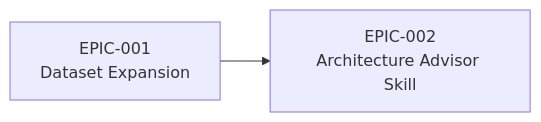
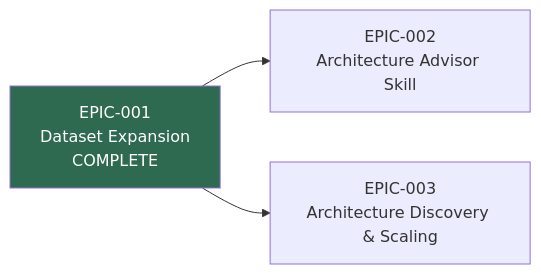
One commit to cristoslc/architecture-reference changed the diagram in docs/vision/(VISION-001)-Evidence-Based-Architecture-Decision-Platform/roadmap.md. Above: the diagram before and after it, drawn with Mermaid. The commit also changed other lines of this file and 3 other files, not shown here.

First line of the commit message:
Complete EPIC-001, split discovery/scaling work into EPIC-003

````diff
--- a/docs/vision/(VISION-001)-Evidence-Based-Architecture-Decision-Platform/roadmap.md
+++ b/docs/vision/(VISION-001)-Evidence-Based-Architecture-Decision-Platform/roadmap.md
@@ -7,4 +7,6 @@
 ```mermaid
 graph LR
-    E1[EPIC-001<br/>Dataset Expansion] --> E2[EPIC-002<br/>Architecture Advisor Skill]
+    E1[EPIC-001<br/>Dataset Expansion<br/>COMPLETE] --> E2[EPIC-002<br/>Architecture Advisor Skill]
+    E1 --> E3[EPIC-003<br/>Architecture Discovery & Scaling]
+    style E1 fill:#2d6a4f,color:#fff
 ```
````
